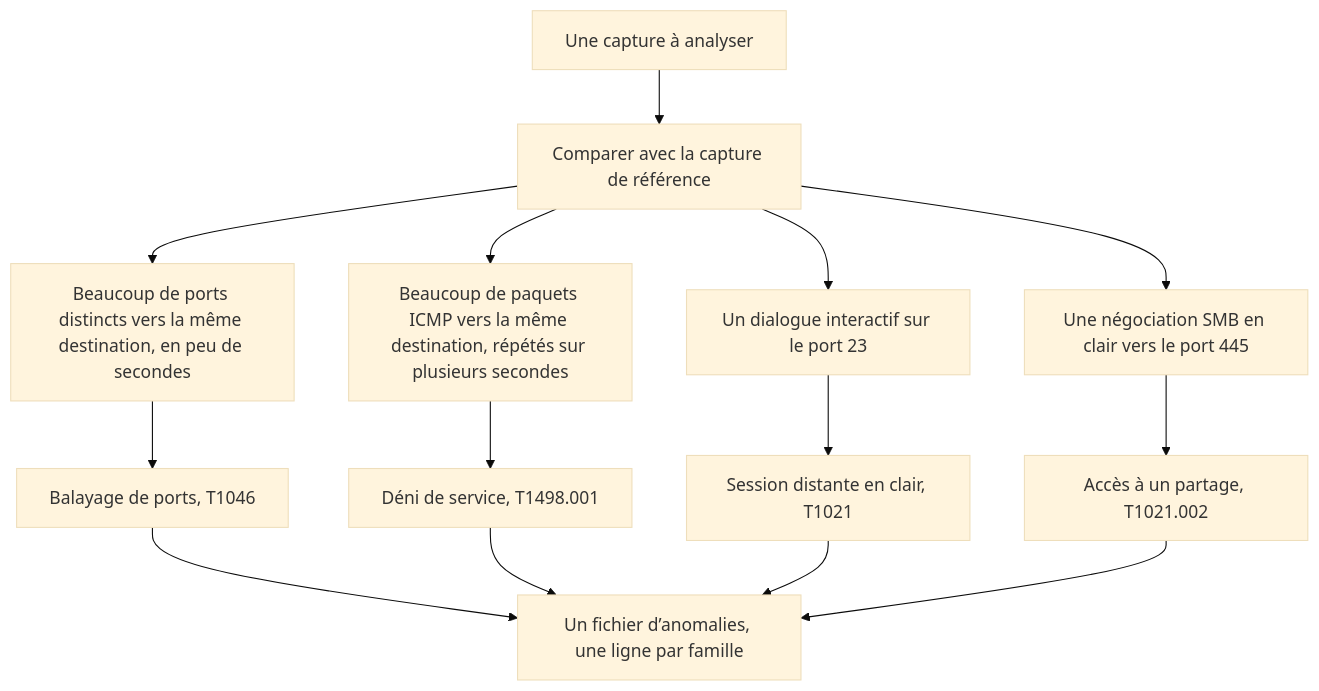
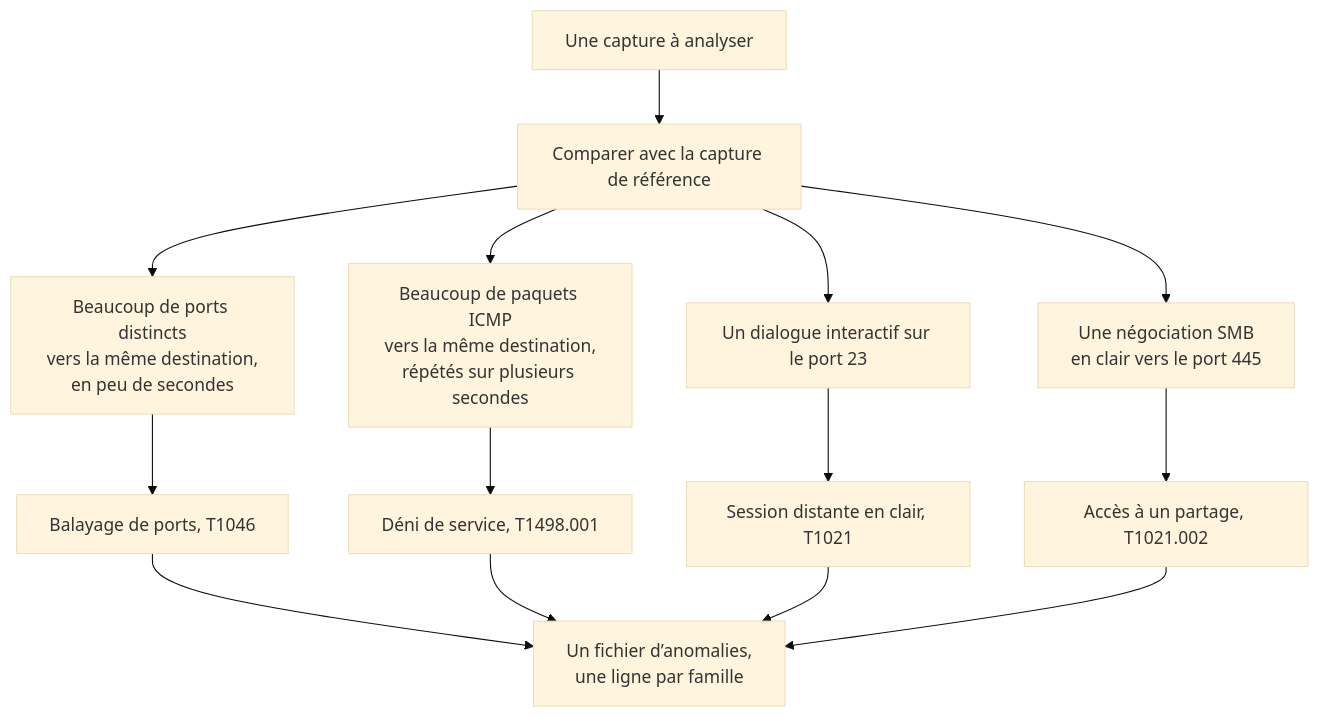
Before and after one commit to yugmerabtene/forensique-reseau-public: the second of 4 diagrams in jour-2.md, drawn with Mermaid (base theme). The commit also changed other lines of this file and 2 other files, not shown here.

Commit message:
Generation: rend les schemas lisibles et documente le demarrage du laboratoire

````diff
--- a/jour-2.md
+++ b/jour-2.md
@@ -248,16 +250,16 @@
 ```mermaid
 flowchart TD
   ANOM["Une capture à analyser"] --> BASE["Comparer avec la capture de référence"]
-  BASE --> SYN["Beaucoup de ports distincts vers la même destination, en peu de secondes"]
-  BASE --> VOL["Beaucoup de paquets ICMP vers la même destination, répétés sur plusieurs secondes"]
+  BASE --> SYN["Beaucoup de ports distincts<br/>vers la même destination,<br/>en peu de secondes"]
+  BASE --> VOL["Beaucoup de paquets ICMP<br/>vers la même destination,<br/>répétés sur plusieurs secondes"]
   BASE --> TEL["Un dialogue interactif sur le port 23"]
-  BASE --> SMB["Une négociation SMB en clair vers le port 445"]
+  BASE --> SMB["Une négociation SMB<br/>en clair vers le port 445"]
   SYN --> F1["Balayage de ports, T1046"]
   VOL --> F2["Déni de service, T1498.001"]
   TEL --> F3["Session distante en clair, T1021"]
   SMB --> F4["Accès à un partage, T1021.002"]
-  F1 --> LIV["Un fichier d’anomalies, une ligne par famille"]
+  F1 --> LIV["Un fichier d’anomalies,<br/>une ligne par famille"]
   F2 --> LIV
   F3 --> LIV
   F4 --> LIV
 ```
````
